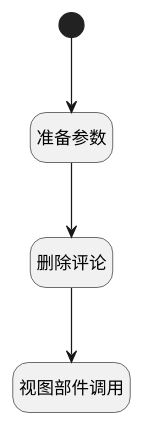
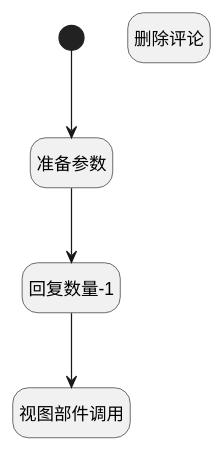
The diagram in doc/docsify/module/Team/discuss_reply/uilogic/rely_del_comment.md (iBizLab/plm), drawn with PlantUML before and after one commit. The commit also changed other lines of this file and 1276 other files, not shown here.

````diff
--- a/doc/docsify/module/Team/discuss_reply/uilogic/rely_del_comment.md
+++ b/doc/docsify/module/Team/discuss_reply/uilogic/rely_del_comment.md
@@ -7,23 +7,24 @@
 ```plantuml
 @startuml
 hide footbox
 <style>
 root {
   HyperlinkColor #42b983
 }
 </style>
 
 hide empty description
 state "开始" as Begin <<start>> [[$./rely_del_comment#begin {开始}]]
+state "准备参数" as PREPAREJSPARAM1  [[$./rely_del_comment#preparejsparam1 {准备参数}]]
+state "回复数量-1" as RAWJSCODE1  [[$./rely_del_comment#rawjscode1 {回复数量-1}]]
+state "删除评论" as DEACTION1  [[$./rely_del_comment#deaction1 {删除评论}]]
 state "视图部件调用" as VIEWCTRLINVOKE1  [[$./rely_del_comment#viewctrlinvoke1 {视图部件调用}]]
-state "准备参数" as PREPAREJSPARAM1  [[$./rely_del_comment#preparejsparam1 {准备参数}]]
-state "删除评论" as DEACTION1  [[$./rely_del_comment#deaction1 {删除评论}]]
 
 
 Begin --> PREPAREJSPARAM1
-PREPAREJSPARAM1 --> DEACTION1
-DEACTION1 --> VIEWCTRLINVOKE1
+PREPAREJSPARAM1 --> RAWJSCODE1
+RAWJSCODE1 --> VIEWCTRLINVOKE1
 
 
 @enduml
 ```
````
